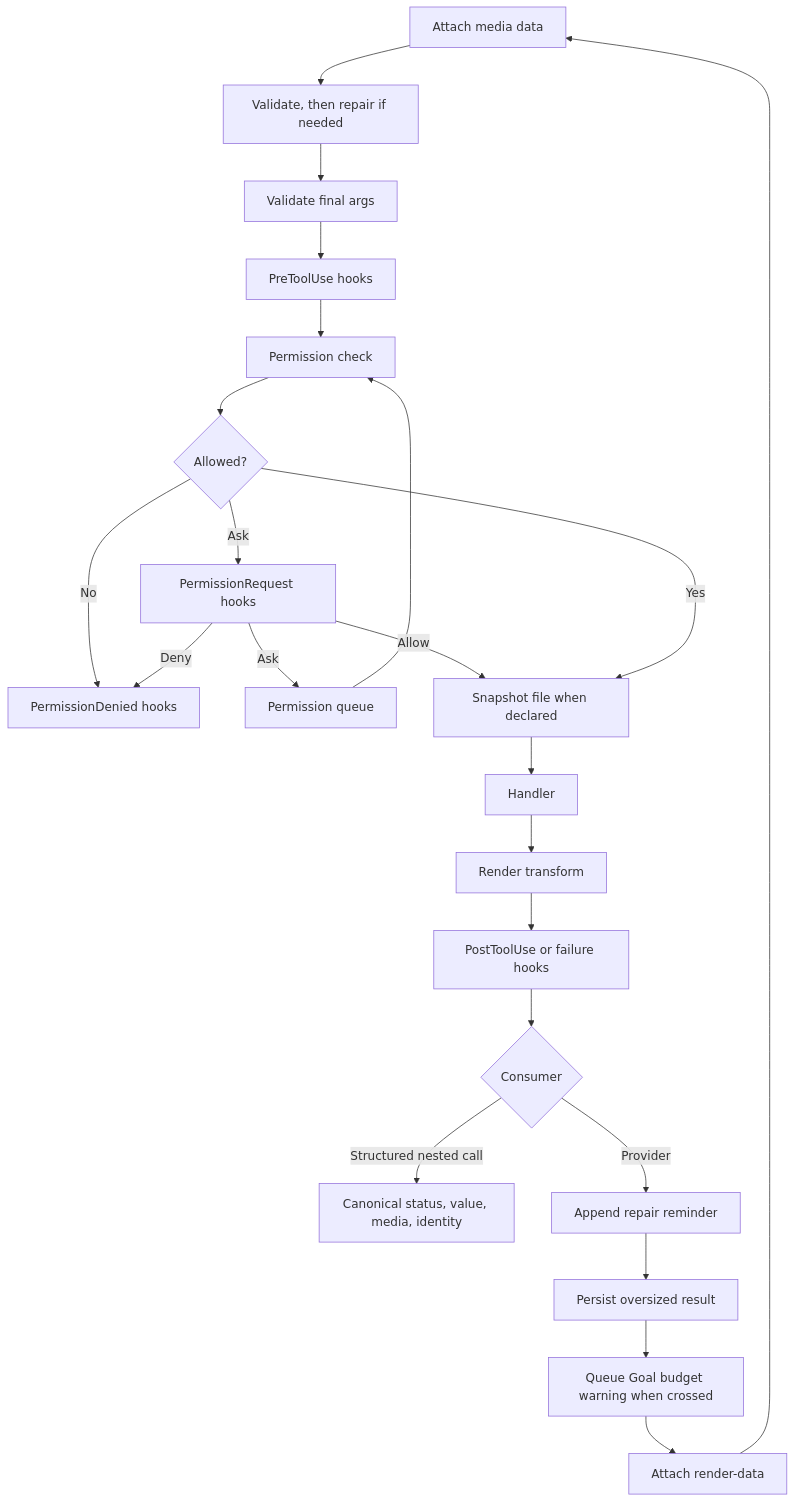
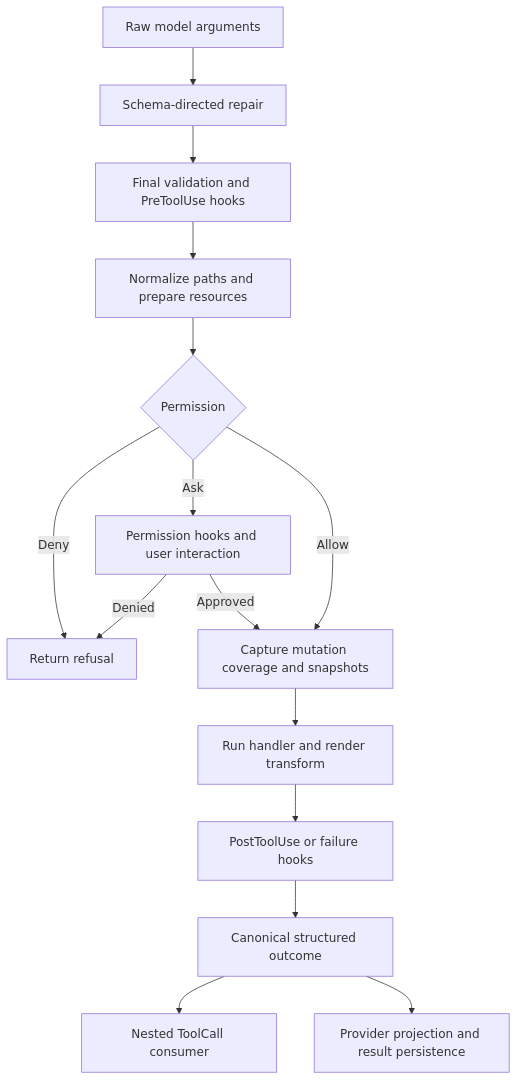
The diagram in docs/tools.md (FrauH0lle/mevedel), drawn with Mermaid before and after one commit. The commit also changed other lines of this file and 166 other files, not shown here.

````diff
--- a/docs/tools.md
+++ b/docs/tools.md
@@ -36,25 +40,17 @@
 ```mermaid
 flowchart TD
-    R[Raw model call] --> S[Validate, then repair if needed]
-    S --> A[Validate final args]
-    A --> B[PreToolUse hooks]
-    B --> C[Permission check]
-    C --> D{Allowed?}
-    D -- No --> E[PermissionDenied hooks]
-    D -- Ask --> Q[PermissionRequest hooks]
-    Q -- Ask --> F[Permission queue]
-    Q -- Deny --> E
-    Q -- Allow --> G
-    F --> C
-    D -- Yes --> G[Snapshot file when declared]
-    G --> H[Handler]
-    H --> I[Render transform]
-    I --> J[PostToolUse or failure hooks]
-    J --> K{Consumer}
-    K -- Structured nested call --> L[Canonical status, value, media, identity]
-    K -- Provider --> M[Append repair reminder]
-    M --> N[Persist oversized result]
-    N --> O[Queue Goal budget warning when crossed]
-    O --> P[Attach render-data]
-    P --> R[Attach media data]
+    Raw[Raw model arguments] --> Repair[Schema-directed repair]
+    Repair --> Validate[Final validation and PreToolUse hooks]
+    Validate --> Resolve[Normalize paths and prepare resources]
+    Resolve --> Permission{Permission}
+    Permission -->|Deny| Refuse[Return refusal]
+    Permission -->|Ask| Review[Permission hooks and user interaction]
+    Review -->|Denied| Refuse
+    Review -->|Approved| Capture
+    Permission -->|Allow| Capture[Capture mutation coverage and snapshots]
+    Capture --> Execute[Run handler and render transform]
+    Execute --> Post[PostToolUse or failure hooks]
+    Post --> Outcome[Canonical structured outcome]
+    Outcome --> Nested[Nested ToolCall consumer]
+    Outcome --> Provider[Provider projection and result persistence]
 ```
````
